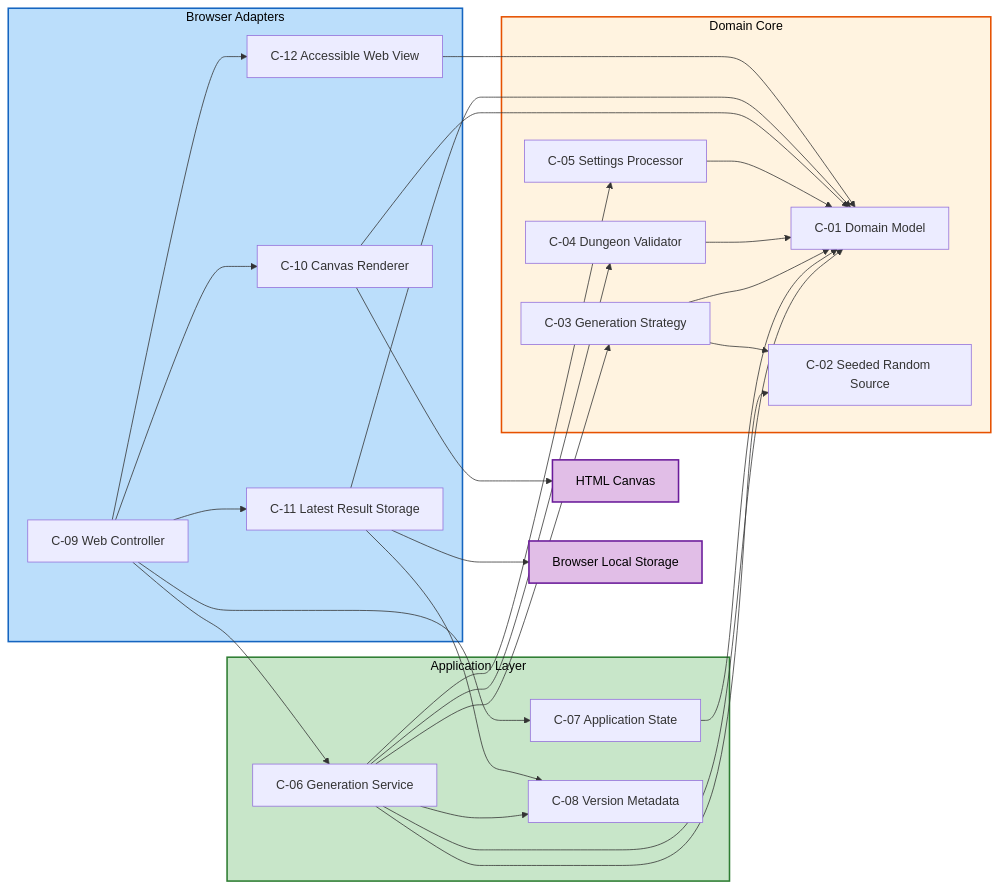
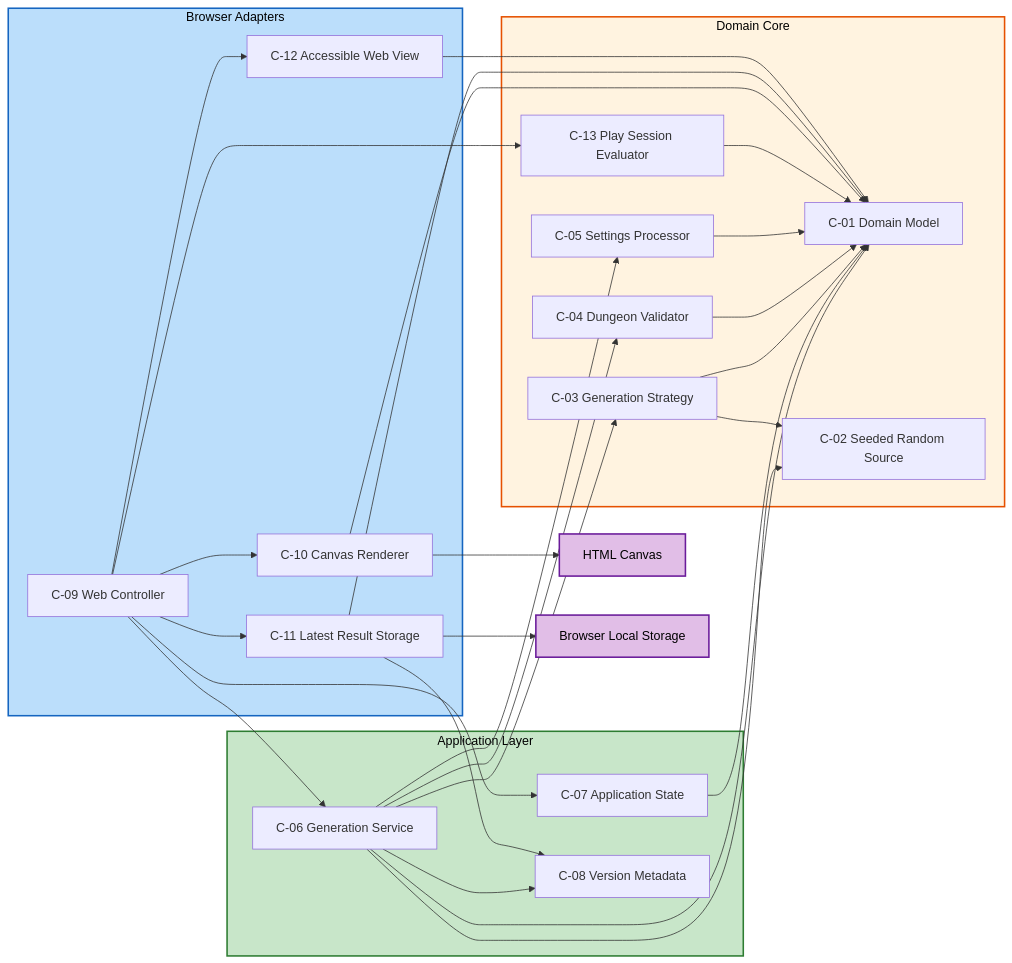
Before and after one commit to sameerb99x/ai-dlc-dungeon-generator: the first of 2 diagrams in aidlc-docs/inception/application-design/component-dependency.md, drawn with Mermaid. The commit also changed other lines of this file and 12 other files, not shown here.

````diff
--- a/aidlc-docs/inception/application-design/component-dependency.md
+++ b/aidlc-docs/inception/application-design/component-dependency.md
@@ -11,52 +11,55 @@
 ```mermaid
 flowchart LR
     subgraph BrowserAdapters["Browser Adapters"]
         C09["C-09 Web Controller"]
         C10["C-10 Canvas Renderer"]
         C11["C-11 Latest Result Storage"]
         C12["C-12 Accessible Web View"]
     end
 
     subgraph ApplicationLayer["Application Layer"]
         C06["C-06 Generation Service"]
         C07["C-07 Application State"]
         C08["C-08 Version Metadata"]
     end
 
     subgraph DomainCore["Domain Core"]
         C01["C-01 Domain Model"]
         C02["C-02 Seeded Random Source"]
         C03["C-03 Generation Strategy"]
         C04["C-04 Dungeon Validator"]
         C05["C-05 Settings Processor"]
+        C13["C-13 Play Session Evaluator"]
     end
 
     C09 --> C06
     C09 --> C07
     C09 --> C10
     C09 --> C11
     C09 --> C12
+    C09 --> C13
     C06 --> C01
     C06 --> C02
     C06 --> C03
     C06 --> C04
     C06 --> C05
     C06 --> C08
     C07 --> C01
     C03 --> C01
     C03 --> C02
     C04 --> C01
     C05 --> C01
+    C13 --> C01
     C10 --> C01
     C11 --> C01
     C11 --> C08
     C12 --> C01
     C10 --> Canvas["HTML Canvas"]
     C11 --> LocalStorage["Browser Local Storage"]
 
     style BrowserAdapters fill:#BBDEFB,stroke:#1565C0,stroke-width:2px,color:#000
     style ApplicationLayer fill:#C8E6C9,stroke:#2E7D32,stroke-width:2px,color:#000
     style DomainCore fill:#FFF3E0,stroke:#E65100,stroke-width:2px,color:#000
     style Canvas fill:#E1BEE7,stroke:#6A1B9A,stroke-width:2px,color:#000
     style LocalStorage fill:#E1BEE7,stroke:#6A1B9A,stroke-width:2px,color:#000
 ```
````
